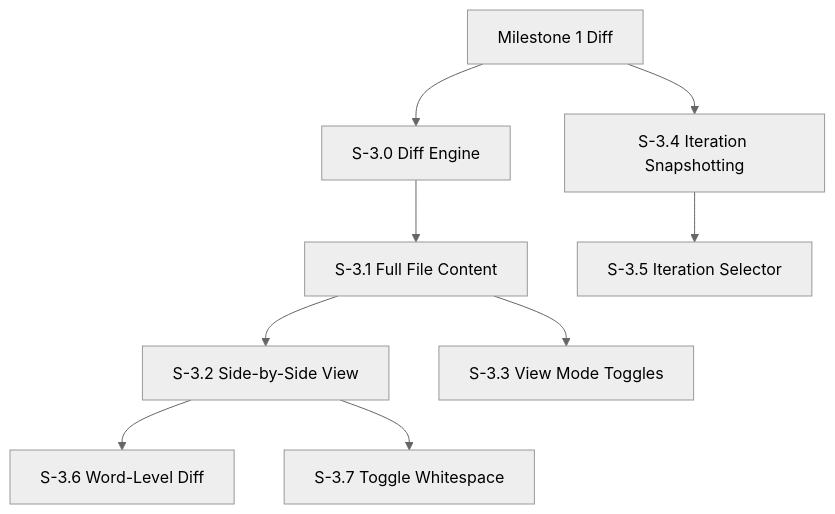
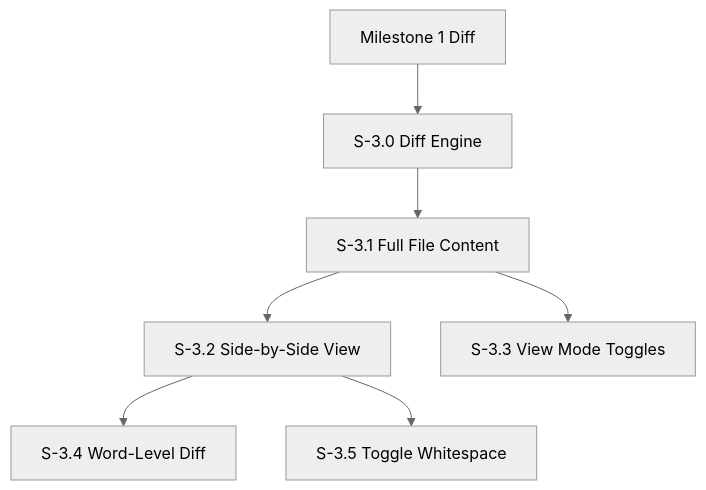
Before and after one commit to vezzadev/codjiflo: the diagram in spec/stories/milestone-3-advanced-diff.md, drawn with Mermaid (neutral theme). The commit also changed other lines of this file and 5 other files, not shown here.

First line of the commit message:
Split M3 into Advanced Diff and Iteration Management milestones

````diff
--- a/spec/stories/milestone-3-advanced-diff.md
+++ b/spec/stories/milestone-3-advanced-diff.md
@@ -14,11 +14,9 @@
 ```mermaid
 graph TD
     M1[Milestone 1 Diff] --> S3.0[S-3.0 Diff Engine]
     S3.0 --> S3.1[S-3.1 Full File Content]
     S3.1 --> S3.2[S-3.2 Side-by-Side View]
     S3.1 --> S3.3[S-3.3 View Mode Toggles]
-    M1 --> S3.4[S-3.4 Iteration Snapshotting]
-    S3.4 --> S3.5[S-3.5 Iteration Selector]
-    S3.2 --> S3.6[S-3.6 Word-Level Diff]
-    S3.2 --> S3.7[S-3.7 Toggle Whitespace]
+    S3.2 --> S3.4[S-3.4 Word-Level Diff]
+    S3.2 --> S3.5[S-3.5 Toggle Whitespace]
 ```
````
